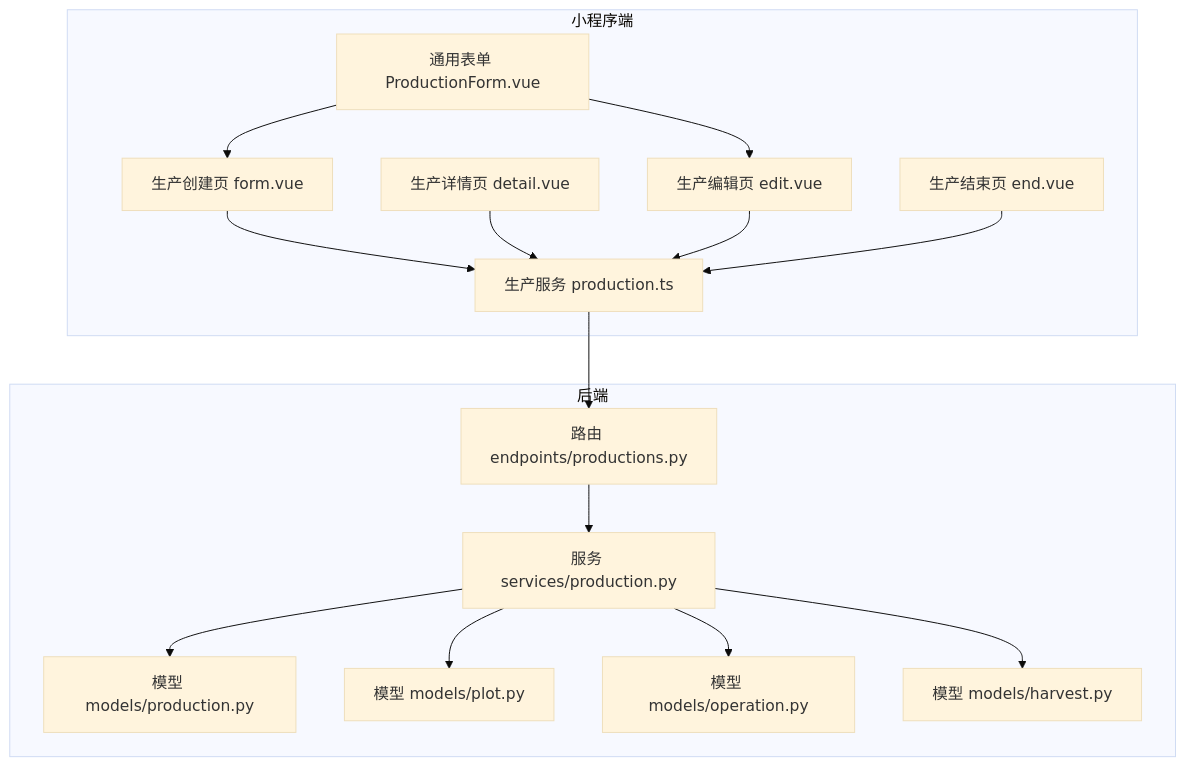
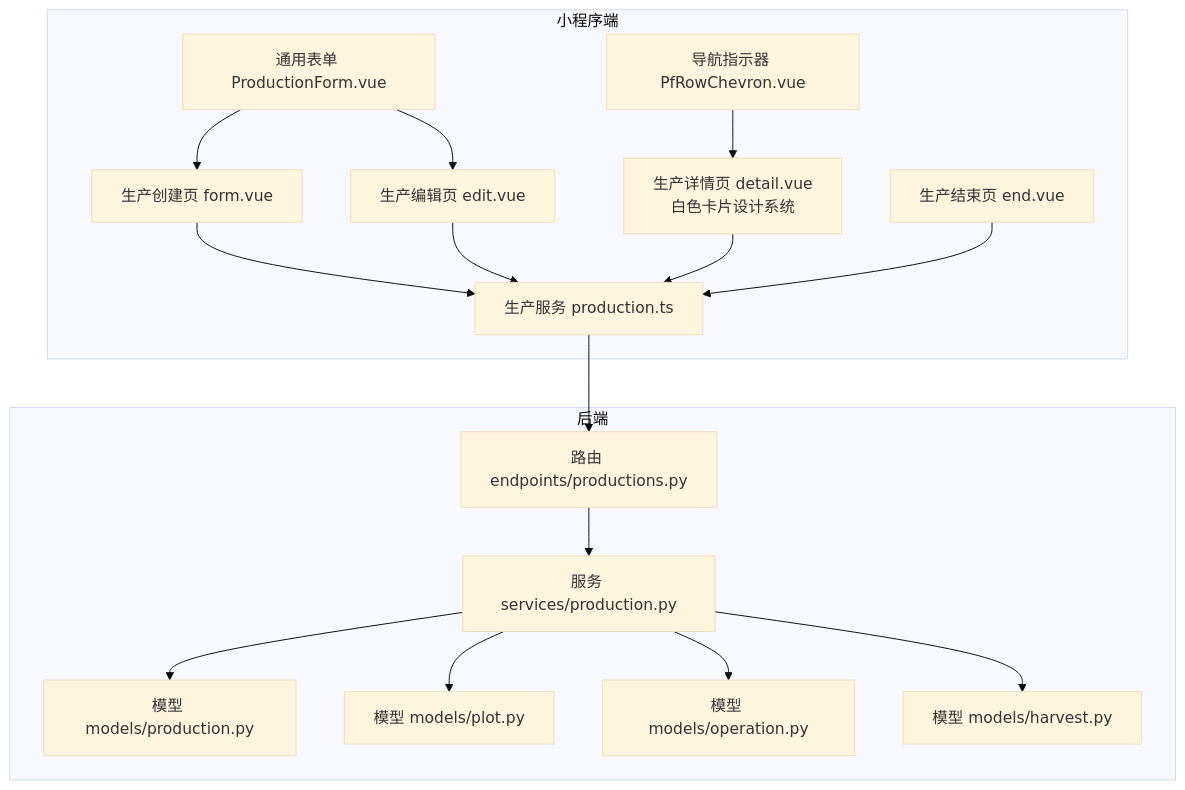
Before and after one commit to wungjyan/pocket-farm: the first of 7 diagrams in .qoder/repowiki/zh/content/前端应用/生产跟踪模块.md, drawn with Mermaid (base theme). The commit also changed other lines of this file and 120 other files, not shown here.

````diff
--- a/.qoder/repowiki/zh/content/前端应用/生产跟踪模块.md
+++ b/.qoder/repowiki/zh/content/前端应用/生产跟踪模块.md
@@ -45,31 +56,33 @@
 ```mermaid
 graph TB
 subgraph "小程序端"
 P_form["生产创建页 form.vue"]
-P_detail["生产详情页 detail.vue"]
+P_detail["生产详情页 detail.vue<br/>白色卡片设计系统"]
 P_edit["生产编辑页 edit.vue"]
 P_end["生产结束页 end.vue"]
 C_form["通用表单 ProductionForm.vue"]
+C_chevron["导航指示器 PfRowChevron.vue"]
 S_prod["生产服务 production.ts"]
 end
 subgraph "后端"
 E_productions["路由 endpoints/productions.py"]
 Svc_prod["服务 services/production.py"]
 M_prod["模型 models/production.py"]
 M_plot["模型 models/plot.py"]
 M_op["模型 models/operation.py"]
 M_harv["模型 models/harvest.py"]
 end
 P_form --> S_prod
 P_detail --> S_prod
 P_edit --> S_prod
 P_end --> S_prod
 C_form --> P_form
 C_form --> P_edit
+C_chevron --> P_detail
 S_prod --> E_productions
 E_productions --> Svc_prod
 Svc_prod --> M_prod
 Svc_prod --> M_plot
 Svc_prod --> M_op
 Svc_prod --> M_harv
 ```
````
